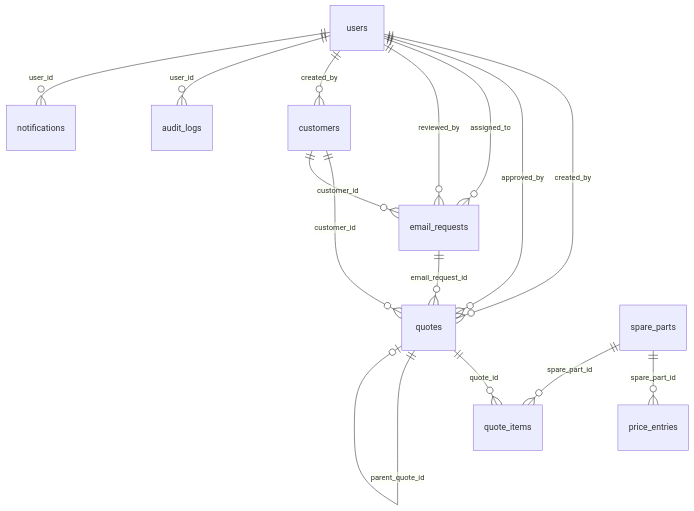
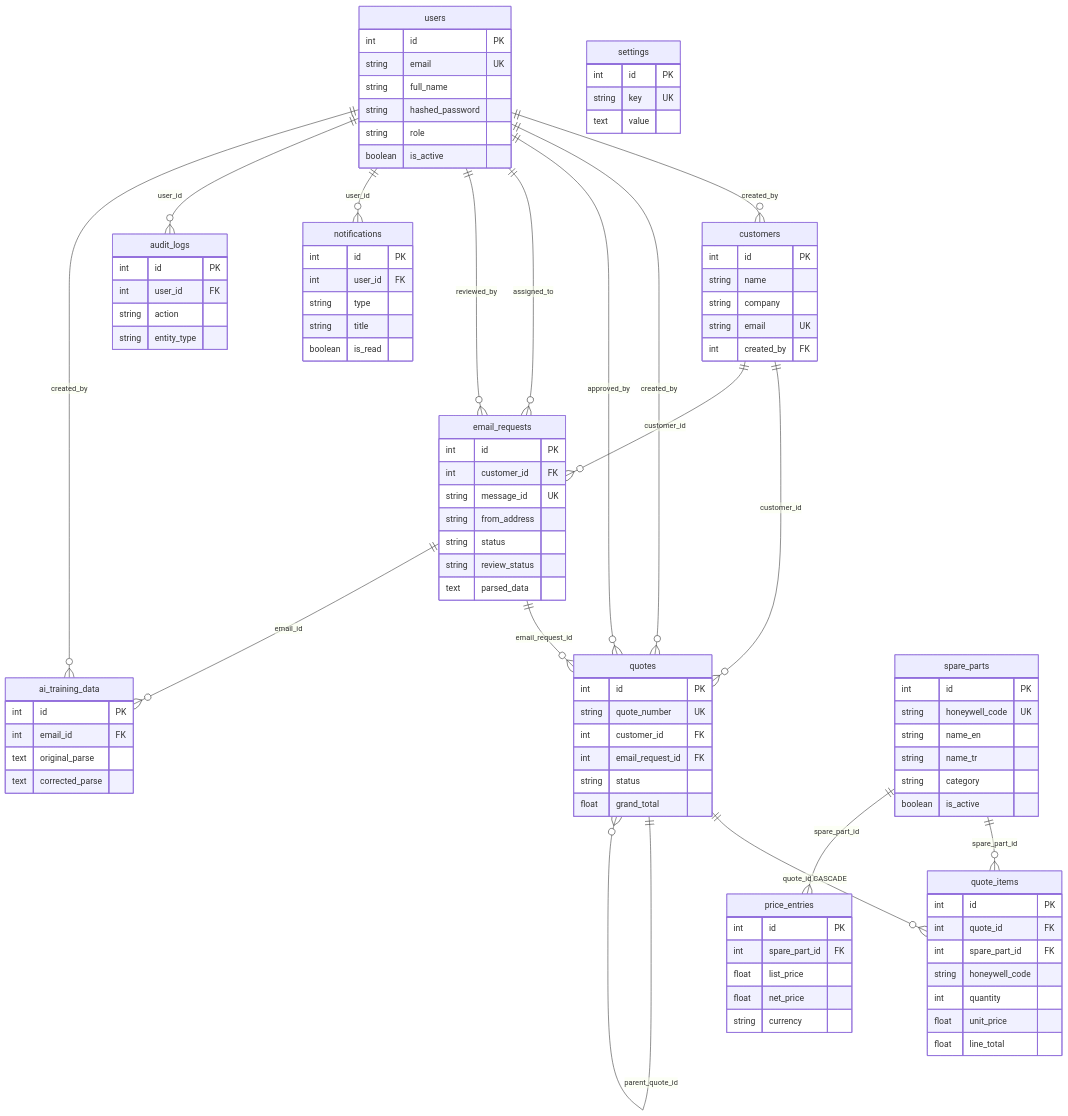
The third of 10 diagrams in TECHNICAL-DOCUMENTATION.md (oasici/honeywell-sales-manager), drawn with Mermaid before and after one commit. The commit also changed other lines of this file, not shown here.

````diff
--- a/TECHNICAL-DOCUMENTATION.md
+++ b/TECHNICAL-DOCUMENTATION.md
@@ -170,21 +604,114 @@
 ```mermaid
 erDiagram
+    users ||--o{ customers : "created_by"
     users ||--o{ quotes : "created_by"
     users ||--o{ quotes : "approved_by"
     users ||--o{ email_requests : "assigned_to"
     users ||--o{ email_requests : "reviewed_by"
-    users ||--o{ customers : "created_by"
+    users ||--o{ notifications : "user_id"
     users ||--o{ audit_logs : "user_id"
-    users ||--o{ notifications : "user_id"
+    users ||--o{ ai_training_data : "created_by"
 
     customers ||--o{ quotes : "customer_id"
     customers ||--o{ email_requests : "customer_id"
 
     email_requests ||--o{ quotes : "email_request_id"
+    email_requests ||--o{ ai_training_data : "email_id"
 
-    quotes ||--o{ quote_items : "quote_id"
-    quotes ||--o| quotes : "parent_quote_id"
+    quotes ||--o{ quote_items : "quote_id CASCADE"
+    quotes ||--o{ quotes : "parent_quote_id"
 
+    spare_parts ||--o{ quote_items : "spare_part_id"
     spare_parts ||--o{ price_entries : "spare_part_id"
-    spare_parts ||--o{ quote_items : "spare_part_id"
+
+    users {
+        int id PK
+        string email UK
+        string full_name
+        string hashed_password
+        string role
+        boolean is_active
+    }
+
+    customers {
+        int id PK
+        string name
+        string company
+        string email UK
+        int created_by FK
+    }
+
+    email_requests {
+        int id PK
+        int customer_id FK
+        string message_id UK
+        string from_address
+        string status
+        string review_status
+        text parsed_data
+    }
+
+    spare_parts {
+        int id PK
+        string honeywell_code UK
+        string name_en
+        string name_tr
+        string category
+        boolean is_active
+    }
+
+    price_entries {
+        int id PK
+        int spare_part_id FK
+        float list_price
+        float net_price
+        string currency
+    }
+
+    quotes {
+        int id PK
+        string quote_number UK
+        int customer_id FK
+        int email_request_id FK
+        string status
+        float grand_total
+    }
+
+    quote_items {
+        int id PK
+        int quote_id FK
+        int spare_part_id FK
+        string honeywell_code
+        int quantity
+        float unit_price
+        float line_total
+    }
+
+    notifications {
+        int id PK
+        int user_id FK
+        string type
+        string title
+        boolean is_read
+    }
+
+    audit_logs {
+        int id PK
+        int user_id FK
+        string action
+        string entity_type
+    }
+
+    settings {
+        int id PK
+        string key UK
+        text value
+    }
+
+    ai_training_data {
+        int id PK
+        int email_id FK
+        text original_parse
+        text corrected_parse
+    }
 ```
````
